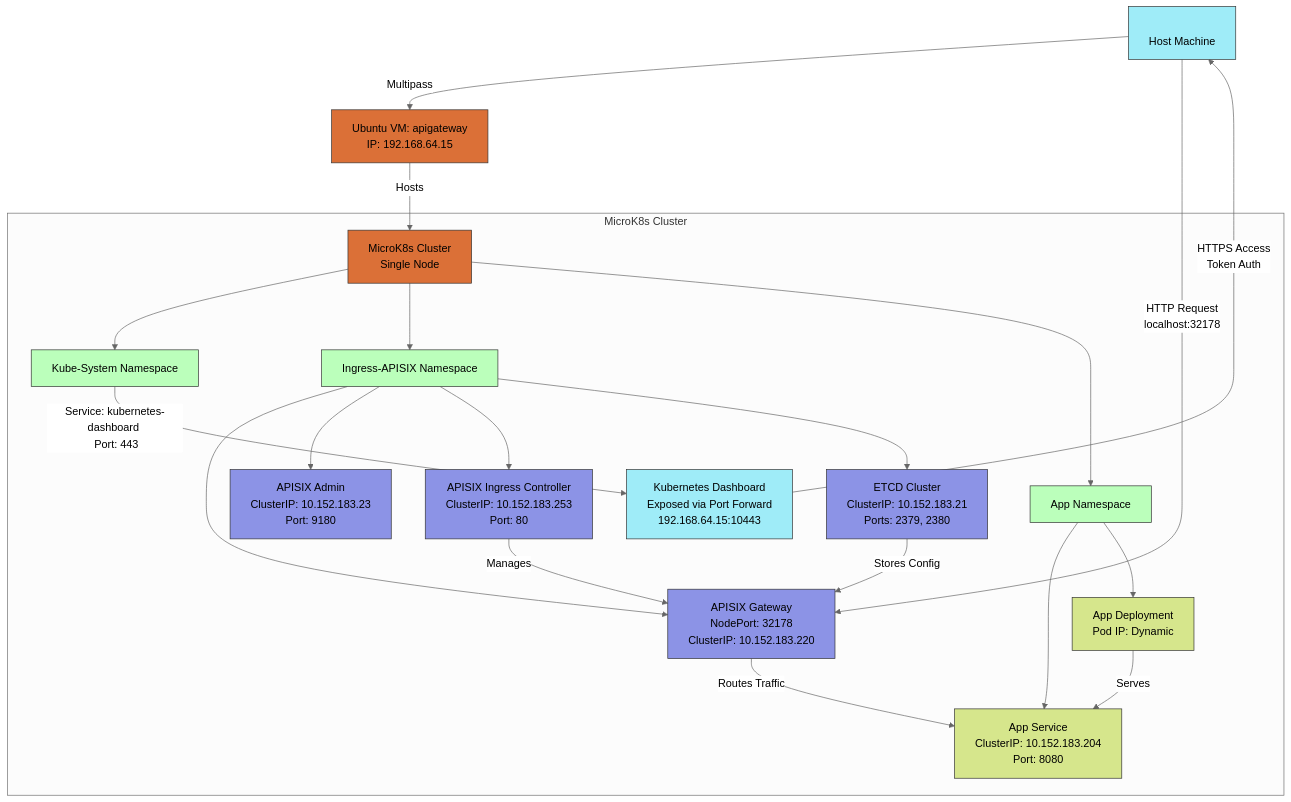
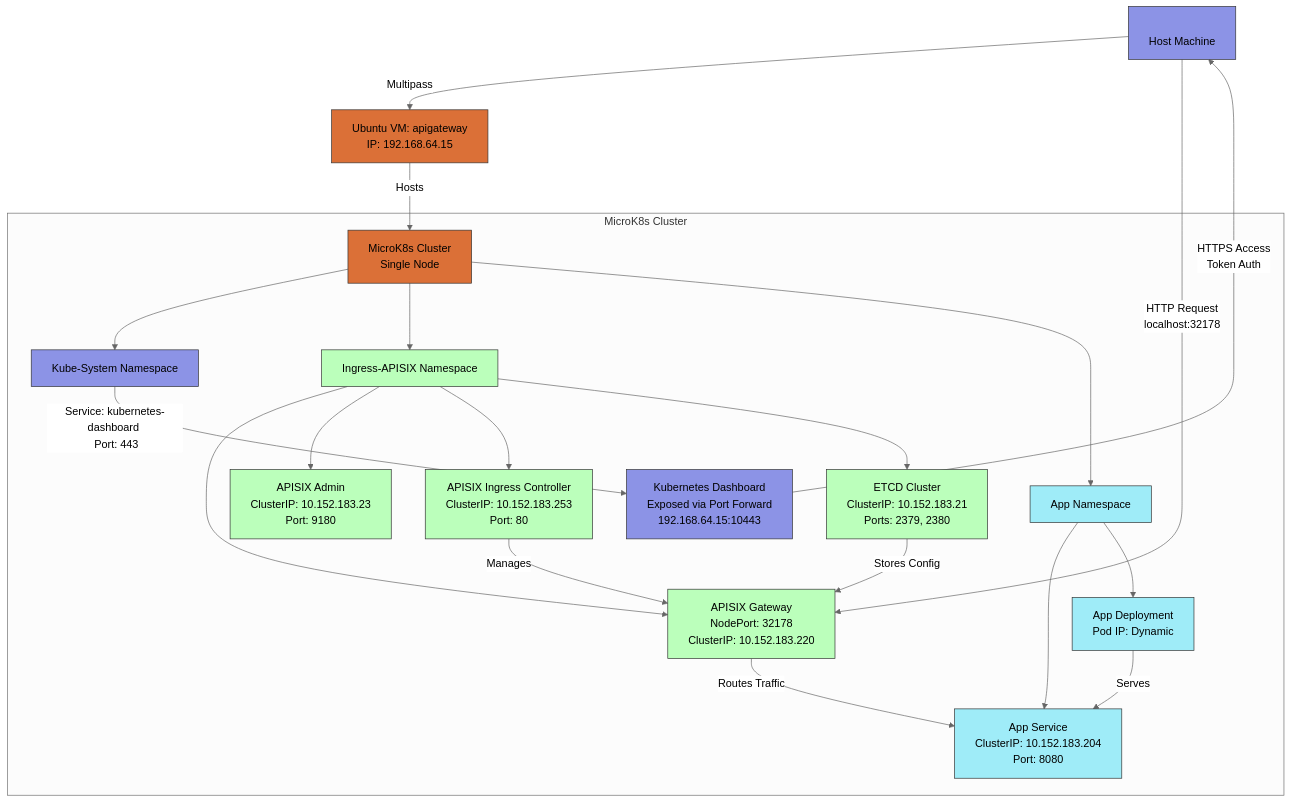
Before and after one commit to rajashtani/InsightForge: the diagram in apigateway/README.md, drawn with Mermaid.

````diff
--- a/apigateway/README.md
+++ b/apigateway/README.md
@@ -18,43 +18,40 @@
 ```mermaid
 %%{ init: { 'theme': 'neutral' } }%%
 graph TD
     A[<br> Host Machine <br>] -->|Multipass| B[Ubuntu VM: apigateway <br> IP: 192.168.64.15]
 
     B -->|Hosts| C[MicroK8s Cluster <br> Single Node]
 
     subgraph MicroK8s Cluster
         C --> D[Kube-System Namespace]
         C --> E[Ingress-APISIX Namespace]
         C --> F[App Namespace]
 
         D -->|Service: kubernetes-dashboard <br> Port: 443| G[Kubernetes Dashboard <br> Exposed via Port Forward <br> 192.168.64.15:10443]
         
         E --> H[APISIX Gateway <br> NodePort: 32178 <br> ClusterIP: 10.152.183.220]
         E --> I[APISIX Admin <br> ClusterIP: 10.152.183.23 <br> Port: 9180]
         E --> J[APISIX Ingress Controller <br> ClusterIP: 10.152.183.253 <br> Port: 80]
         E --> K[ETCD Cluster <br> ClusterIP: 10.152.183.21 <br> Ports: 2379, 2380]
 
         F --> L[App Service <br> ClusterIP: 10.152.183.204 <br> Port: 8080]
         F --> M[App Deployment <br> Pod IP: Dynamic]
     end
 
     A -->|HTTP Request <br> localhost:32178| H
     H -->|Routes Traffic| L
     G -->|HTTPS Access <br> Token Auth| A
     J -->|Manages| H
     K -->|Stores Config| H
     M -->|Serves| L
 
     classDef f fill:#9fecf8,stroke:#333
     classDef p fill:#bfb,stroke:#333
     classDef q fill:#8c93e6,stroke:#333
-    classDef r fill:#d6e68c,stroke:#333
     classDef t fill:#db7037,stroke:#333
 
-    class A f
-    class D,E,F p
-    class H,I,J,K q
-    class L,M r
-    class G f
+    class G,A,D q
+    class E,H,I,J,K p
+    class F,L,M f
     class B,C t
 ```
````
